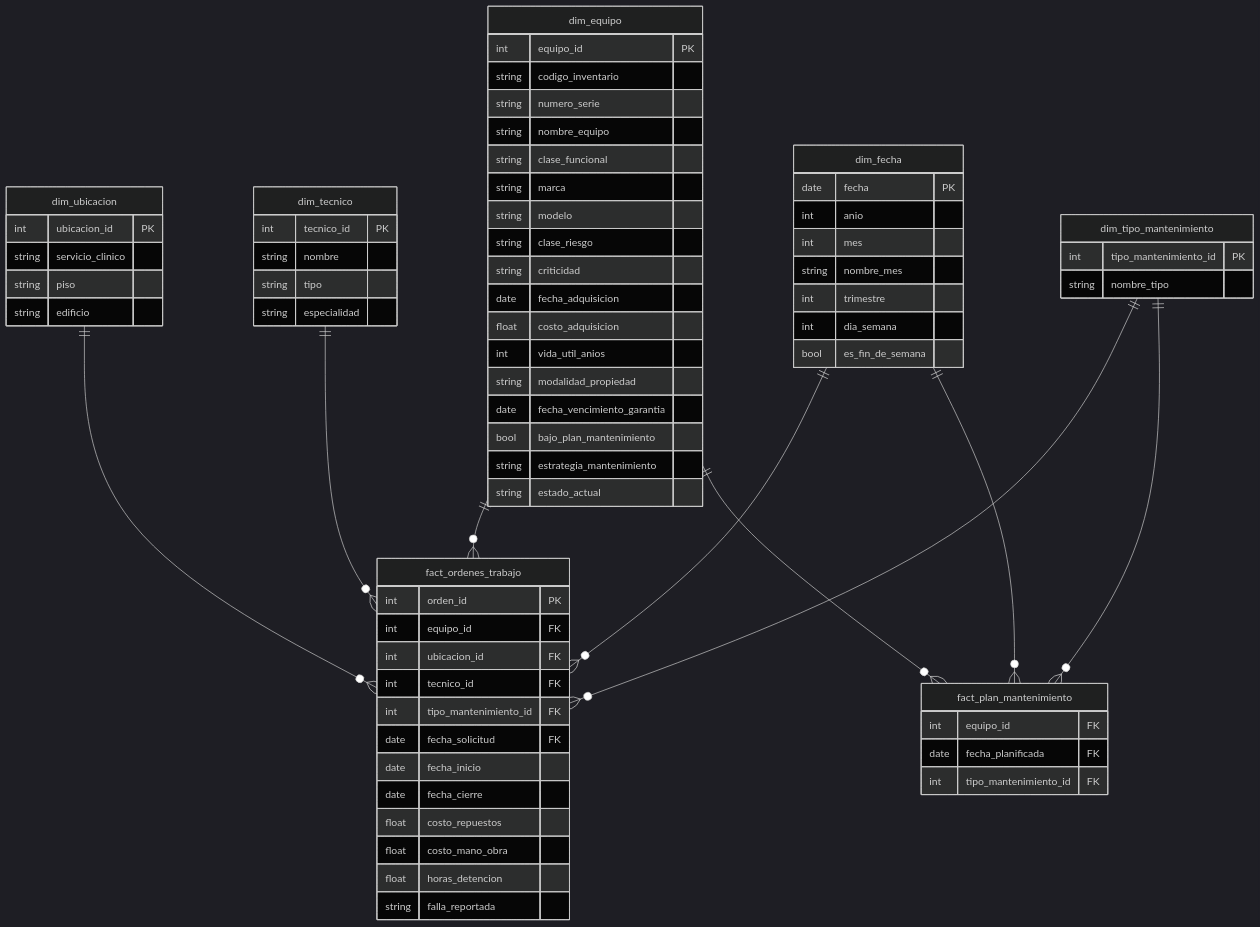
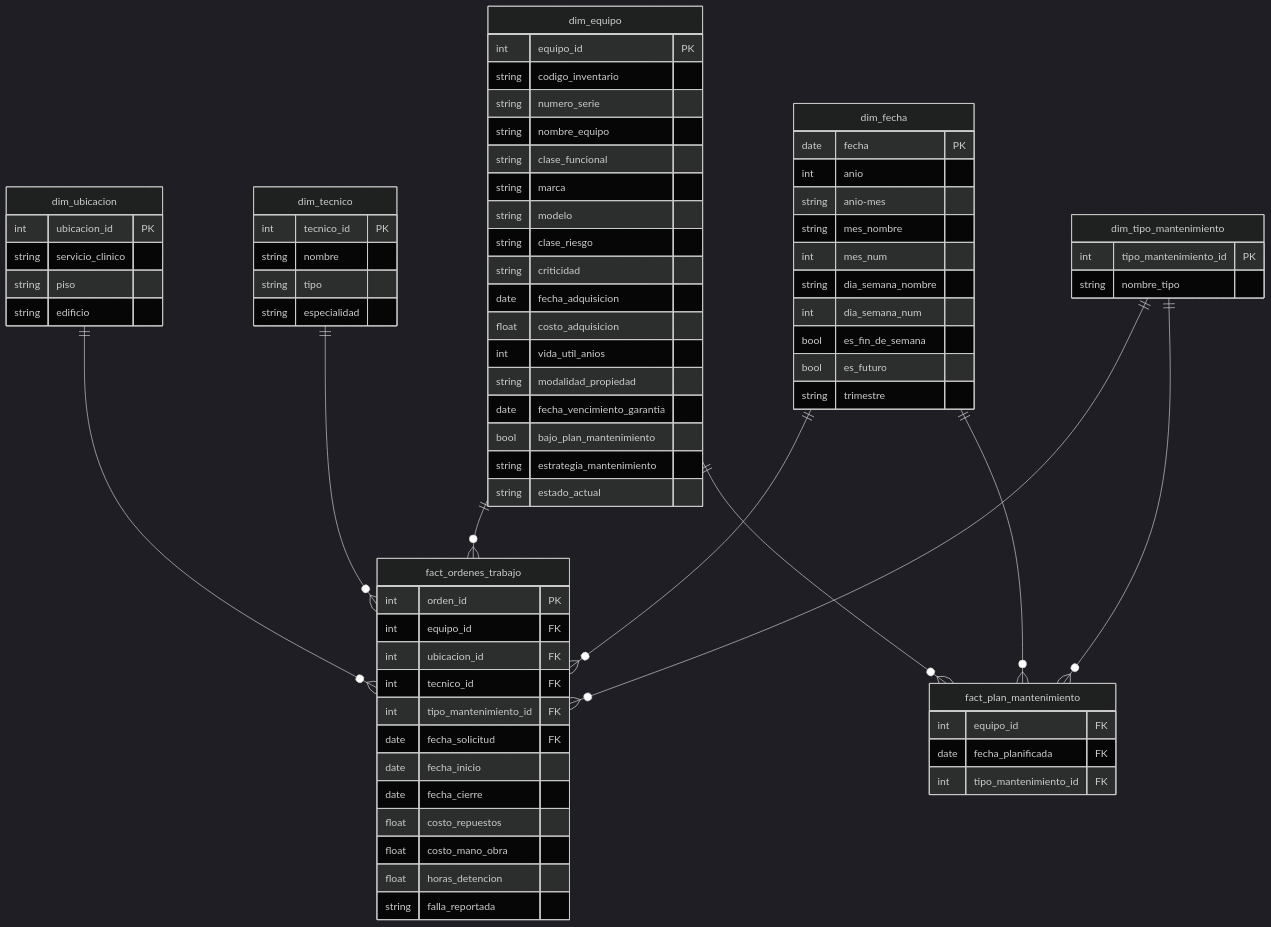
One commit to wawa1806/hospital-equipment-dashboard changed the diagram in docs/data_model.md. Above: the diagram before and after it, drawn with Mermaid (dark theme). The commit also changed 15 other files, not shown here.

````diff
--- a/docs/data_model.md
+++ b/docs/data_model.md
@@ -80,10 +80,13 @@
     dim_fecha{
         date fecha PK
         int anio
-        int mes
-        string nombre_mes
-        int trimestre
-        int dia_semana
+        string anio-mes
+        string mes_nombre
+        int mes_num
+        string dia_semana_nombre
+        int dia_semana_num
         bool es_fin_de_semana
+        bool es_futuro
+        string trimestre
     }
 ```
````
